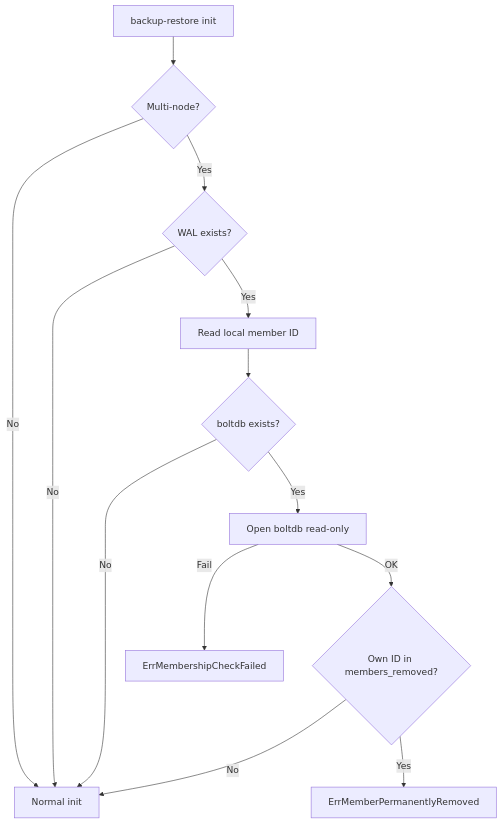
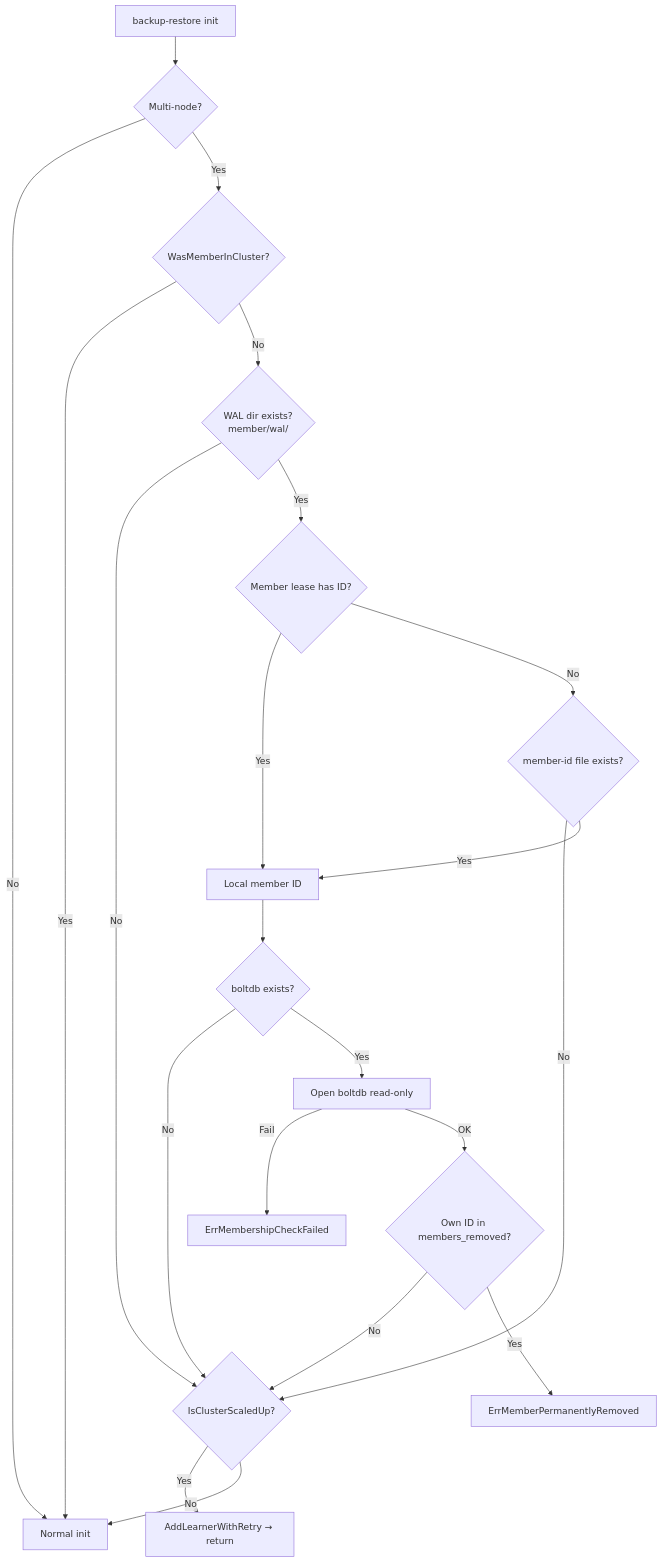
One commit to gardener/etcd-druid changed the second of 2 diagrams in docs/proposals/08-scale-in.md. Above: the diagram before and after it, drawn with Mermaid. The commit also changed other lines of this file and 2 other files, not shown here.

Commit message:
Document scaling-in and source-member decommissioning

````diff
--- a/docs/proposals/08-scale-in.md
+++ b/docs/proposals/08-scale-in.md
@@ -328,16 +335,24 @@
 ```mermaid
 flowchart TD
     Start[backup-restore init]
     Start --> Multi{Multi-node?}
     Multi -->|No| Normal[Normal init]
-    Multi -->|Yes| WAL{WAL exists?}
-    WAL -->|No| Normal
-    WAL -->|Yes| Read[Read local member ID]
-    Read --> DB{boltdb exists?}
-    DB -->|No| Normal
+    Multi -->|Yes| Heartbeat{WasMemberInCluster?}
+    Heartbeat -->|Yes| Normal
+    Heartbeat -->|No| WAL{WAL dir exists?\nmember/wal/}
+    WAL -->|No| ScaleUp{IsClusterScaledUp?}
+    WAL -->|Yes| Lease{Member lease has ID?}
+    Lease -->|Yes| Have[Local member ID]
+    Lease -->|No| File{member-id file exists?}
+    File -->|No| ScaleUp
+    File -->|Yes| Have
+    Have --> DB{boltdb exists?}
+    DB -->|No| ScaleUp
     DB -->|Yes| Open[Open boltdb read-only]
     Open -->|Fail| Failed[ErrMembershipCheckFailed]
     Open -->|OK| Removed{Own ID in members_removed?}
-    Removed -->|No| Normal
+    Removed -->|No| ScaleUp
     Removed -->|Yes| Stop[ErrMemberPermanentlyRemoved]
+    ScaleUp -->|Yes| Learner[AddLearnerWithRetry → return]
+    ScaleUp -->|No| Normal
 ```
````
